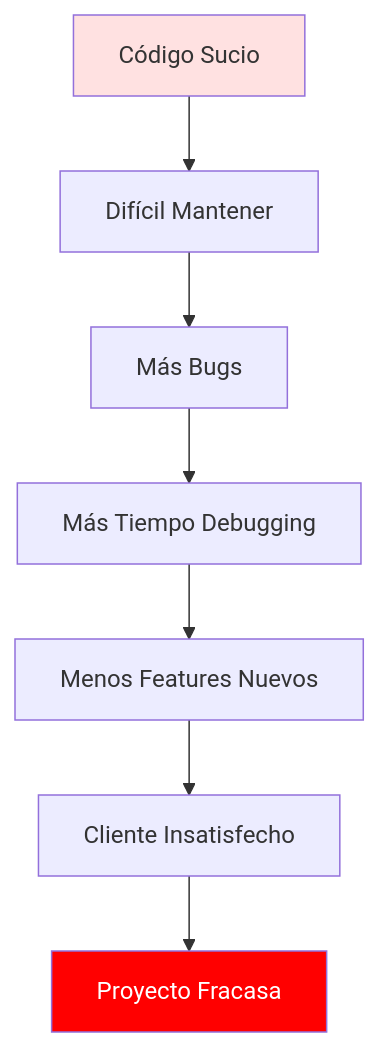
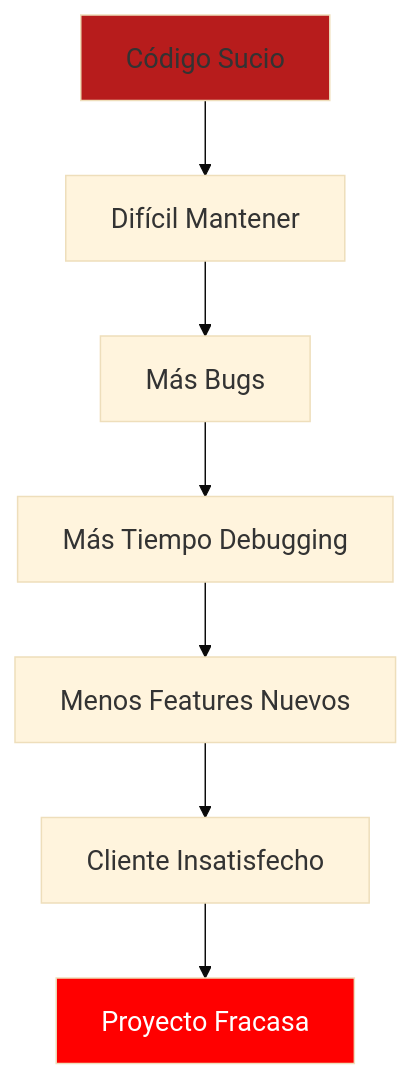
One commit to Ai-Whisperers/Courses-Content changed the second of 8 diagrams in courses/🟡-development/FPUNA-2026/01-DESARROLLO-SOFTWARE/04-codigo-limpio.md. Above: the diagram before and after it, drawn with Mermaid. The commit also changed other lines of this file and 47 other files, not shown here.

First line of the commit message:
fix: Make all 473 diagrams WCAG AAA accessible (FPUNA-2026)

````diff
--- a/courses/🟡-development/FPUNA-2026/01-DESARROLLO-SOFTWARE/04-codigo-limpio.md
+++ b/courses/🟡-development/FPUNA-2026/01-DESARROLLO-SOFTWARE/04-codigo-limpio.md
@@ -56,12 +57,13 @@
 ```mermaid
+%%{init: {'theme':'base', 'themeVariables': {'fontSize':'18px'}}}%%
 graph TD
     Start[Código Sucio] --> A[Difícil Mantener]
     A --> B[Más Bugs]
     B --> C[Más Tiempo Debugging]
     C --> D[Menos Features Nuevos]
     D --> E[Cliente Insatisfecho]
     E --> F[Proyecto Fracasa]
     
-    style Start fill:#FFE1E1
+    style Start fill:#b71c1c
     style F fill:#FF0000,color:#FFF
 ```
````
